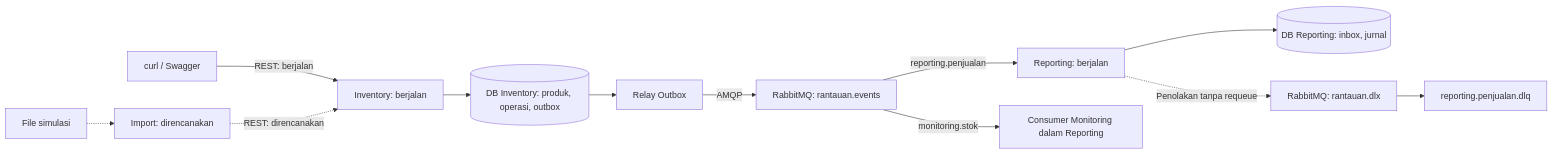
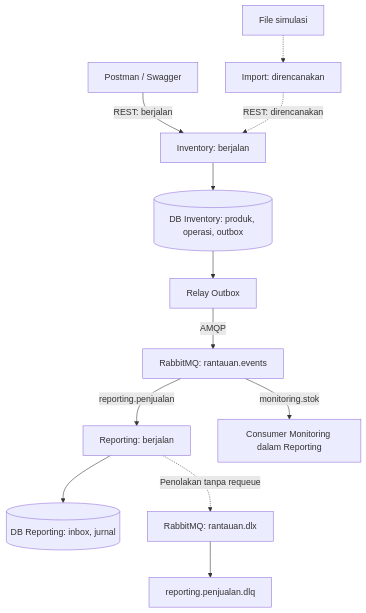
Before and after one commit to rekha0802/rantauan-uts: the diagram in docs/arsitektur.md, drawn with Mermaid.

Commit message:
Perjelas diagram arsitektur untuk demo Postman

```diff
--- a/docs/arsitektur.md
+++ b/docs/arsitektur.md
@@ -6,14 +6,14 @@
 ~~~mermaid
-flowchart LR
-    A["curl / Swagger"] -->|"REST: berjalan"| I["Inventory: berjalan"]
+flowchart TB
+    A["Postman / Swagger"] -->|"REST: berjalan"| I["Inventory: berjalan"]
     F["File simulasi"] -.-> M["Import: direncanakan"]
     M -.->|"REST: direncanakan"| I
     I --> D1[("DB Inventory: produk, operasi, outbox")]
     D1 --> R["Relay Outbox"]
     R -->|"AMQP"| E["RabbitMQ: rantauan.events"]
     E -->|"reporting.penjualan"| S["Reporting: berjalan"]
     S --> D2[("DB Reporting: inbox, jurnal")]
     E -->|"monitoring.stok"| N["Consumer Monitoring dalam Reporting"]
     S -.->|"Penolakan tanpa requeue"| X["RabbitMQ: rantauan.dlx"]
     X --> Q["reporting.penjualan.dlq"]
 ~~~
```
